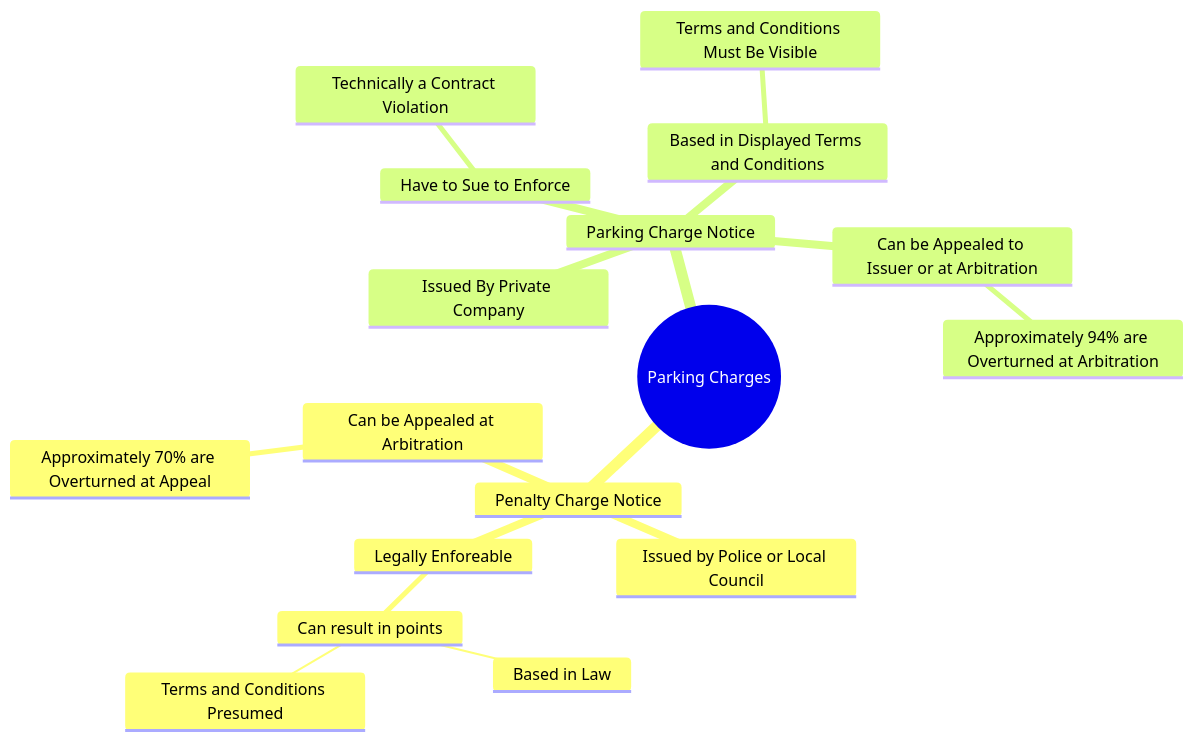
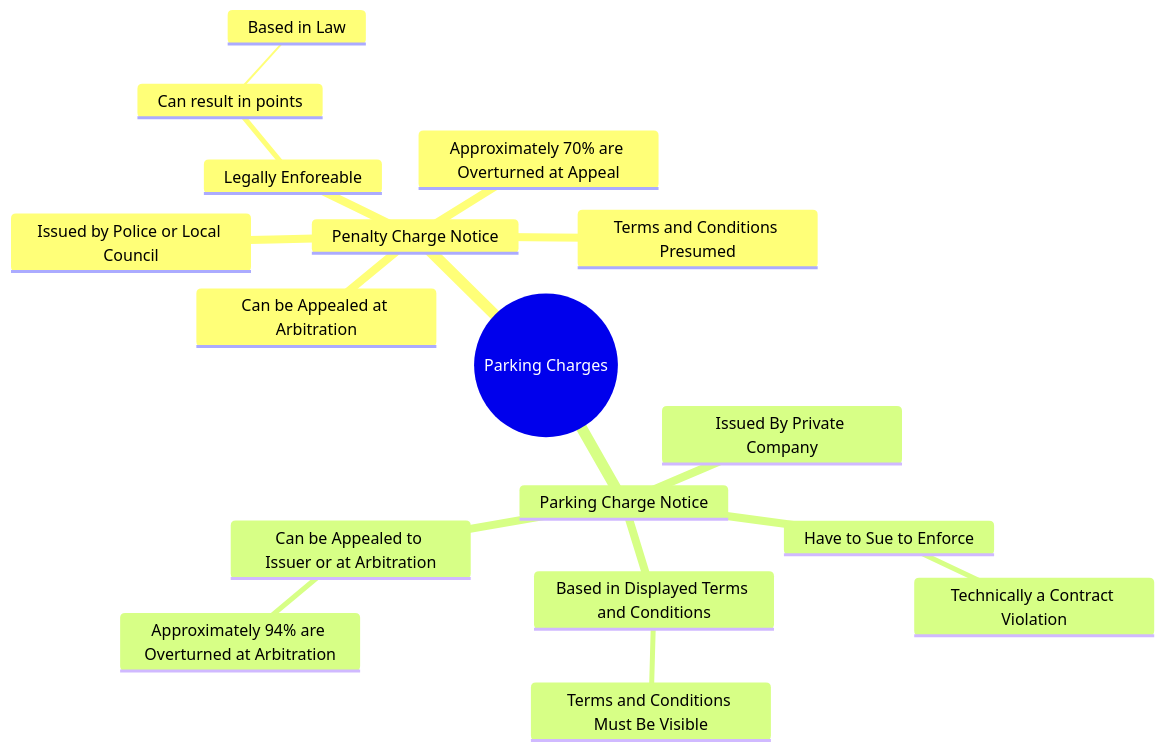
Diagram 13 of 14 in basicMarkdownex.md (stephenboothuk/Mermaid), drawn with Mermaid before and after one commit. The commit also changed other lines of this file, not shown here.

````diff
--- a/basicMarkdownex.md
+++ b/basicMarkdownex.md
@@ -847,22 +847,23 @@
 ```mermaid
+
 mindmap
 	root((Parking Charges))
-    ::icon(fa fa-car)
+    	::icon(fa fa-car)
 		Penalty Charge Notice
 			Issued by Police or Local Council
 			Legally Enforeable
 				Can result in points
                 Based in Law
                 ::icon(fa fa-book)
-					Terms and Conditions Presumed
+			Terms and Conditions Presumed
 			Can be Appealed at Arbitration
-				Approximately 70\% are Overturned at Appeal
+			Approximately 70\% are Overturned at Appeal
 		Parking Charge Notice
 			Issued By Private Company
 			Have to Sue to Enforce
 				Technically a Contract Violation
 			Based in Displayed Terms and Conditions
 				Terms and Conditions Must Be Visible
 			Can be Appealed to Issuer or at Arbitration
 				Approximately 94% are Overturned at Arbitration
 ```
````
